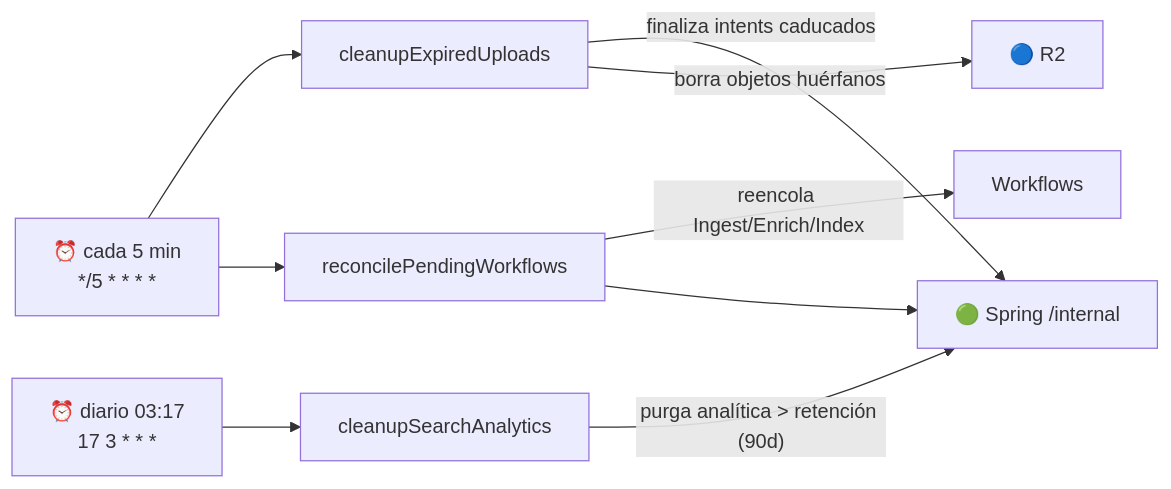
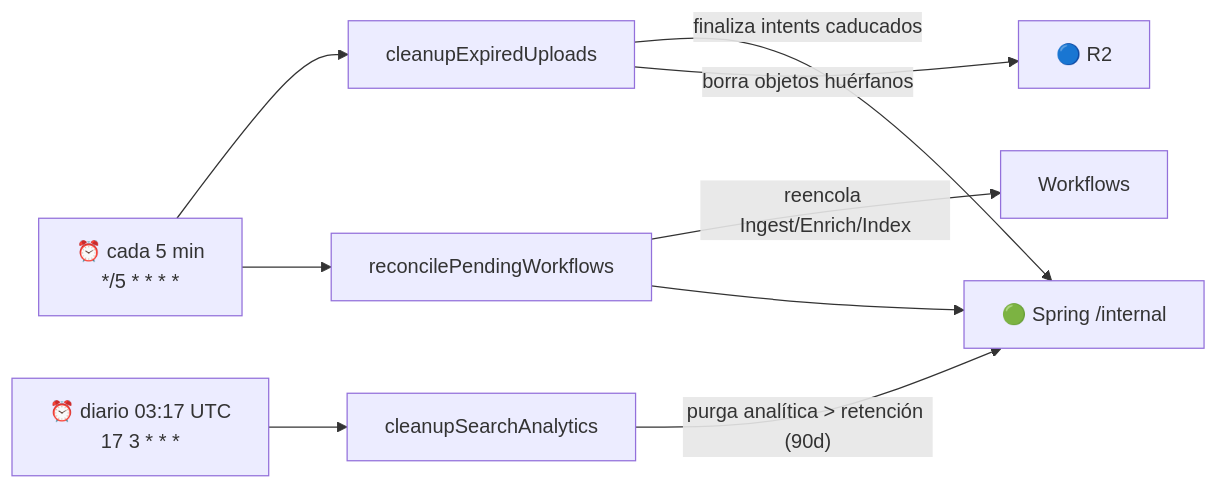
Before and after one commit to s-counago/subtitula-gal-api: the ninth of 9 diagrams in docs/product/architecture-flows.md, drawn with Mermaid. The commit also changed other lines of this file and 17 other files, not shown here.

````diff
--- a/docs/product/architecture-flows.md
+++ b/docs/product/architecture-flows.md
@@ -326,15 +393,15 @@
 ```mermaid
 flowchart LR
     C5["⏰ cada 5 min<br/>*/5 * * * *"]
-    C1["⏰ diario 03:17<br/>17 3 * * *"]
+    C1["⏰ diario 03:17 UTC<br/>17 3 * * *"]
 
     C5 --> CE["cleanupExpiredUploads"]
     C5 --> RW["reconcilePendingWorkflows"]
     C1 --> CA["cleanupSearchAnalytics"]
 
     CE -->|"finaliza intents caducados"| S["🟢 Spring /internal"]
     CE -->|"borra objetos huérfanos"| R2["🔵 R2"]
     RW -->|"reencola Ingest/Enrich/Index"| WF["Workflows"]
     RW --> S
     CA -->|"purga analítica > retención (90d)"| S
 ```
````
